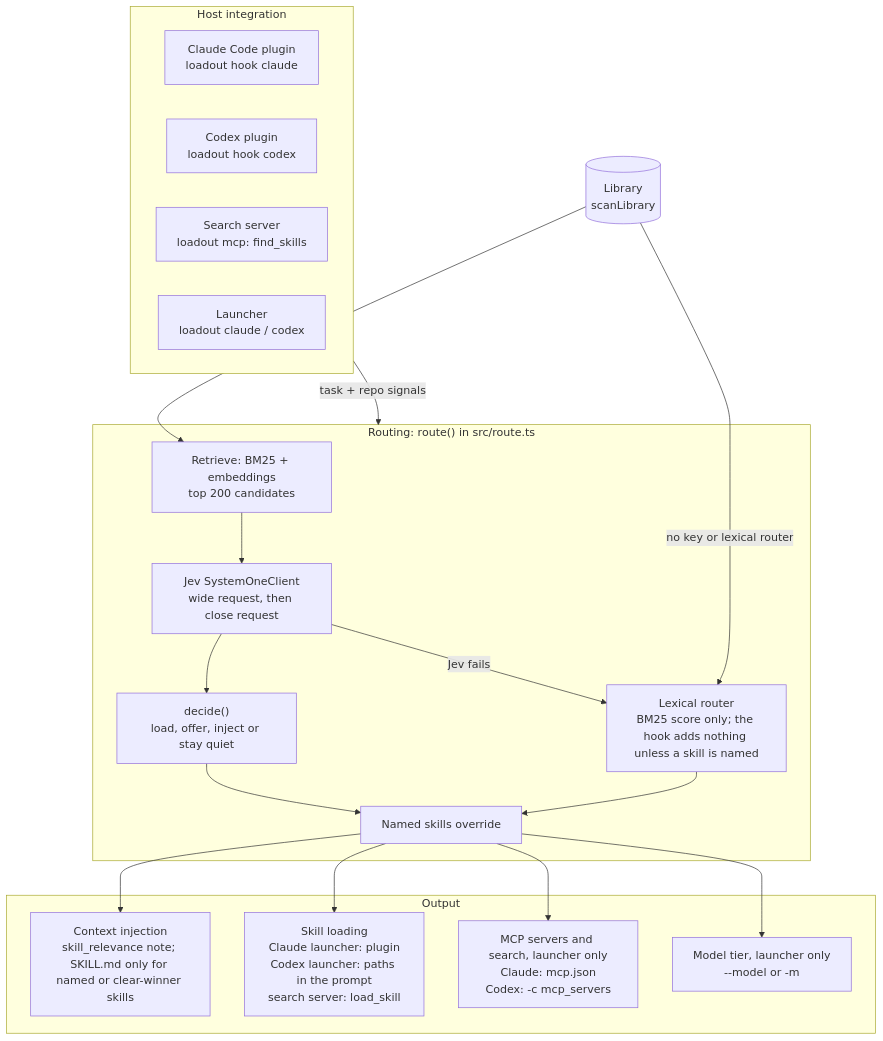
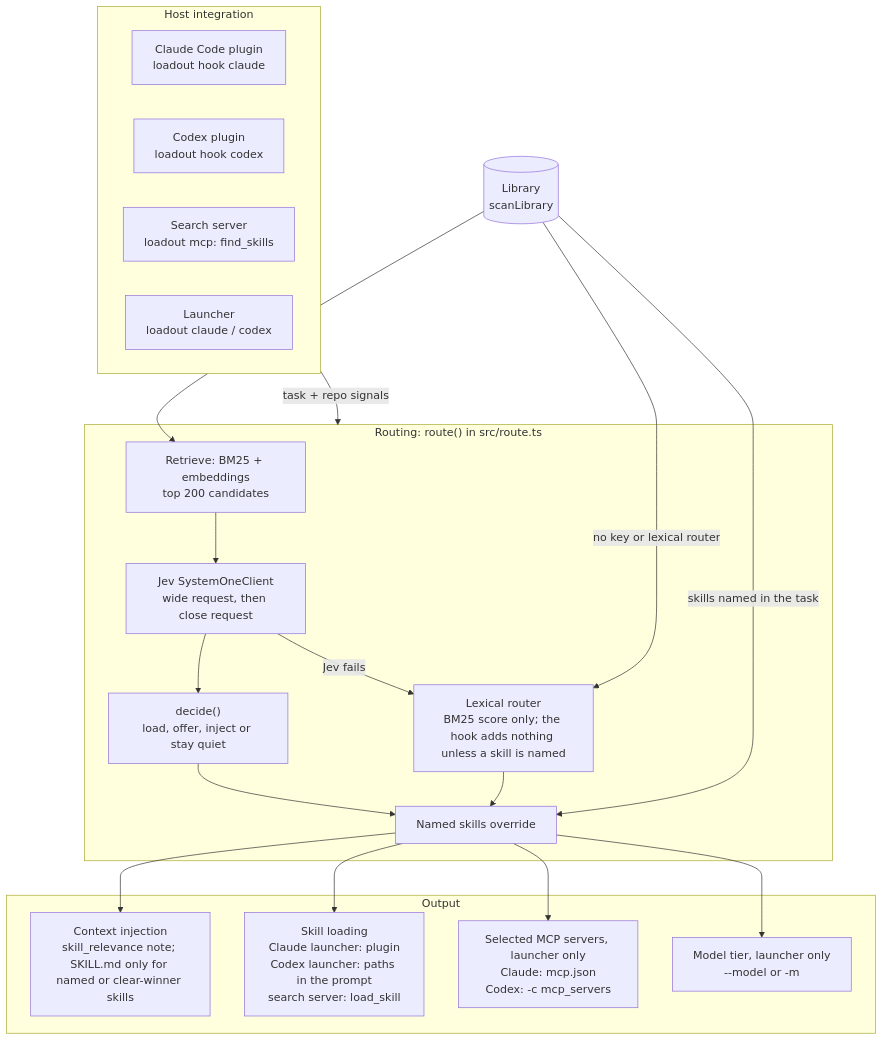
The diagram in DESIGN.md (erik-hedstrom/loadout), drawn with Mermaid before and after one commit.

Commit message:
E6: named skills come from the whole library; MCP node is routed servers only
Codex round 4: withMentions() scans the full library, so named skills get
their own edge from the library to the override, not only via retrieval.
The search server is attached from config, not from routing, and is
already the host node, so the MCP output node shows routed servers only.

Claude-Session: https://claude.ai/code/session_01HuyR49tfEGYja23caRY2JK

````diff
--- a/DESIGN.md
+++ b/DESIGN.md
@@ -29,39 +29,40 @@
 ```mermaid
 flowchart TB
     subgraph host["Host integration"]
         CH["Claude Code plugin<br/>loadout hook claude"]
         XH["Codex plugin<br/>loadout hook codex"]
         MS["Search server<br/>loadout mcp: find_skills"]
         LA["Launcher<br/>loadout claude / codex"]
     end
 
     LIB[("Library<br/>scanLibrary")]
 
     subgraph routing["Routing: route() in src/route.ts"]
         RET["Retrieve: BM25 + embeddings<br/>top 200 candidates"]
         JEV["Jev SystemOneClient<br/>wide request, then close request"]
         DEC["decide()<br/>load, offer, inject or stay quiet"]
         LEX["Lexical router<br/>BM25 score only; the hook adds nothing unless a skill is named"]
         MEN["Named skills override"]
         RET --> JEV
         JEV -->|"Jev fails"| LEX
         JEV --> DEC
         DEC --> MEN
         LEX --> MEN
     end
 
     subgraph out["Output"]
         CTX["Context injection<br/>skill_relevance note; SKILL.md only for named or clear-winner skills"]
         SKL["Skill loading<br/>Claude launcher: plugin<br/>Codex launcher: paths in the prompt<br/>search server: load_skill"]
-        MCPS["MCP servers and search, launcher only<br/>Claude: mcp.json<br/>Codex: -c mcp_servers"]
+        MCPS["Selected MCP servers, launcher only<br/>Claude: mcp.json<br/>Codex: -c mcp_servers"]
         TIER["Model tier, launcher only<br/>--model or -m"]
     end
 
     host -->|"task + repo signals"| routing
     LIB --> RET
     LIB -->|"no key or lexical router"| LEX
+    LIB -->|"skills named in the task"| MEN
     MEN --> CTX
     MEN --> SKL
     MEN --> MCPS
     MEN --> TIER
 ```
````
